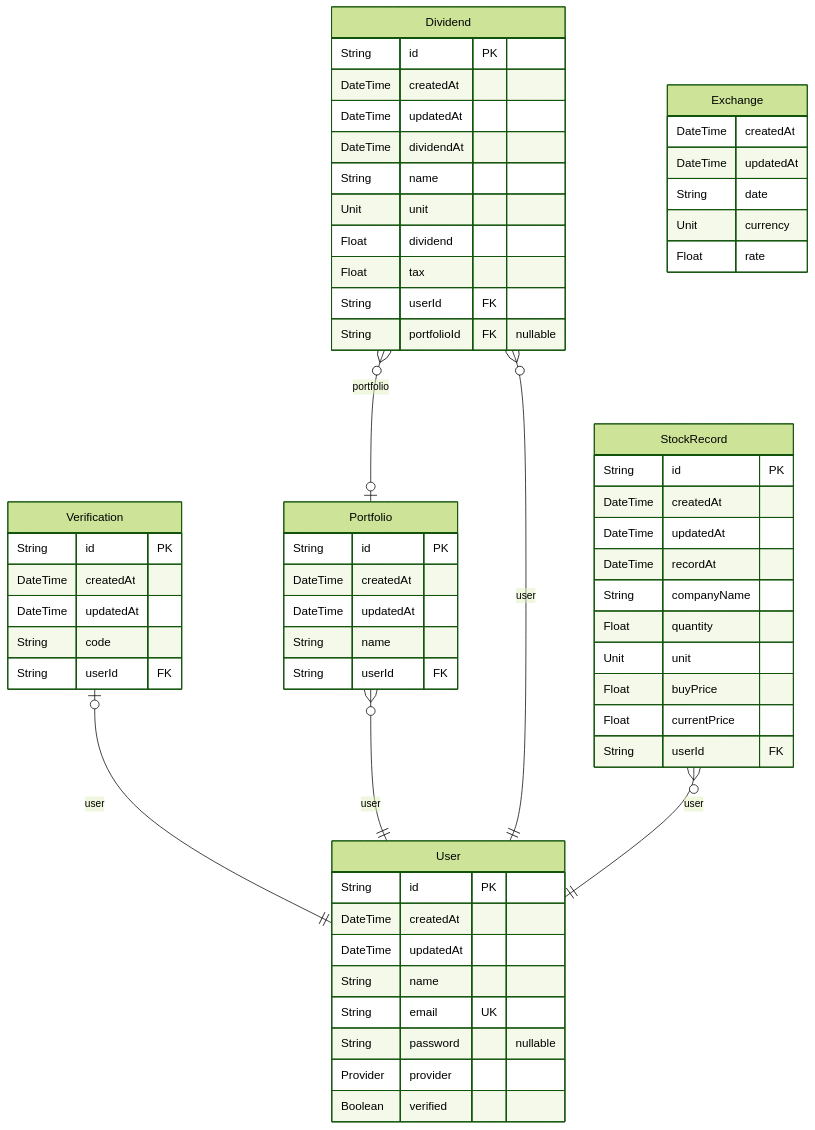
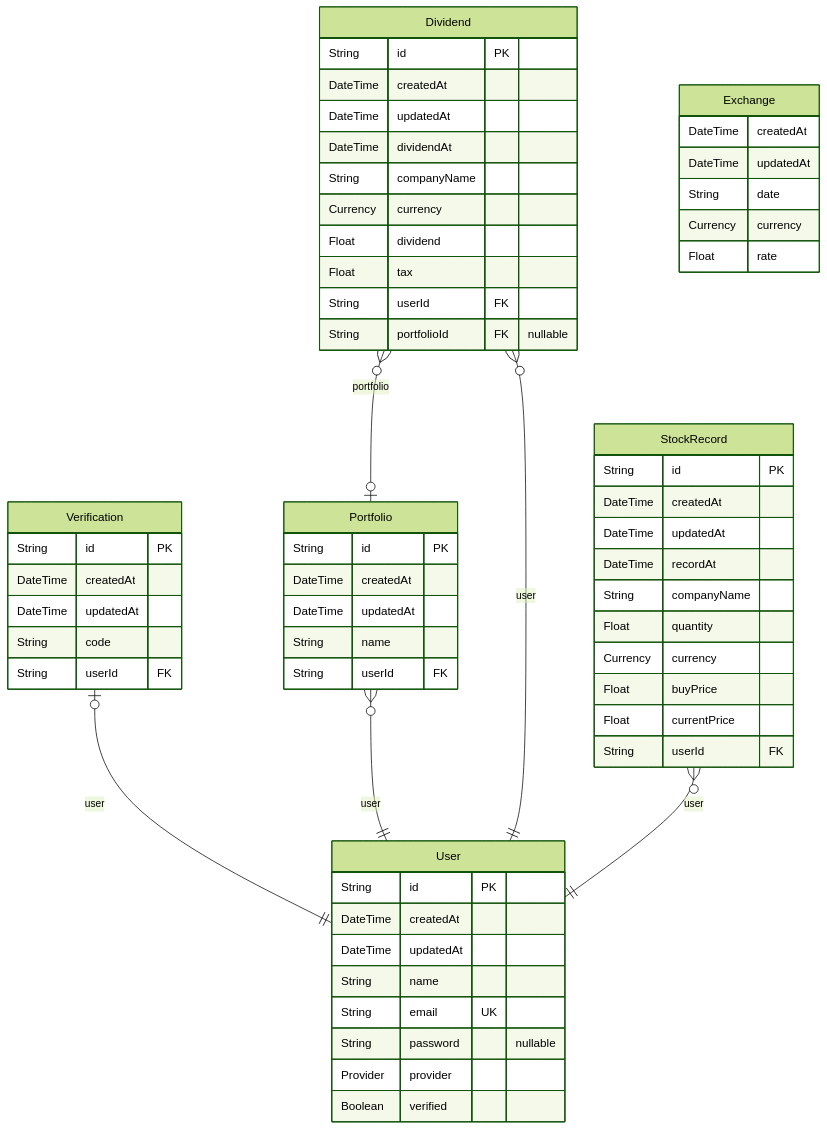
One commit to LimMinKyo/richdiary-api changed the diagram in docs/ERD.md. Above: the diagram before and after it, drawn with Mermaid (forest theme). The commit also changed other lines of this file and 9 other files, not shown here.

Commit message:
👔 UPT: schema.prisma 수정 및 주석 추가에 따른 관련 로직 수정

````diff
--- a/docs/ERD.md
+++ b/docs/ERD.md
@@ -7,63 +7,63 @@
 ```mermaid
 erDiagram
 "User" {
   String id PK
   DateTime createdAt
   DateTime updatedAt
   String name
   String email UK
   String password "nullable"
   Provider provider
   Boolean verified
 }
 "Verification" {
   String id PK
   DateTime createdAt
   DateTime updatedAt
   String code
   String userId FK
 }
 "Portfolio" {
   String id PK
   DateTime createdAt
   DateTime updatedAt
   String name
   String userId FK
 }
 "Dividend" {
   String id PK
   DateTime createdAt
   DateTime updatedAt
   DateTime dividendAt
-  String name
-  Unit unit
+  String companyName
+  Currency currency
   Float dividend
   Float tax
   String userId FK
   String portfolioId FK "nullable"
 }
 "StockRecord" {
   String id PK
   DateTime createdAt
   DateTime updatedAt
   DateTime recordAt
   String companyName
   Float quantity
-  Unit unit
+  Currency currency
   Float buyPrice
   Float currentPrice
   String userId FK
 }
 "Exchange" {
   DateTime createdAt
   DateTime updatedAt
   String date
-  Unit currency
+  Currency currency
   Float rate
 }
 "Verification" |o--|| "User" : user
 "Portfolio" }o--|| "User" : user
 "Dividend" }o--|| "User" : user
 "Dividend" }o--o| "Portfolio" : portfolio
 "StockRecord" }o--|| "User" : user
 ```
````
